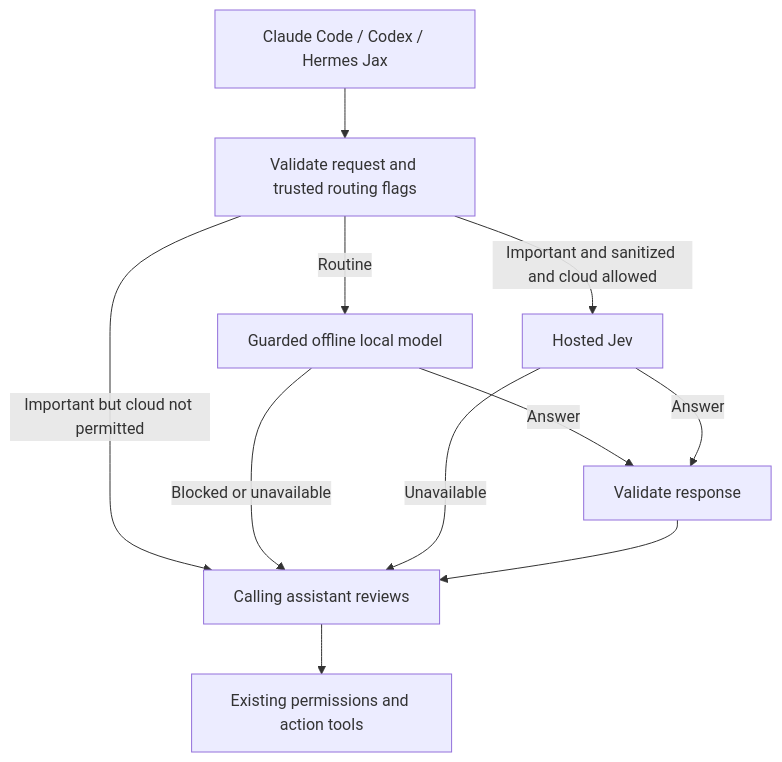
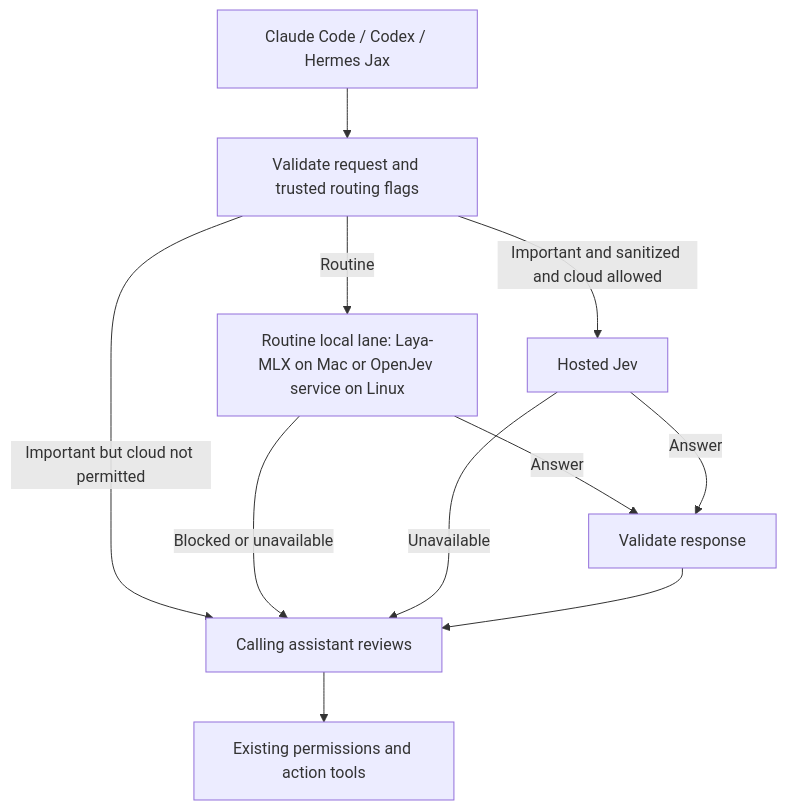
One commit to Dreydrey9000/jev-relay changed the diagram in docs/how-it-works.mmd. Above: the diagram before and after it, drawn with Mermaid. The commit also changed 6 other files, not shown here.

First line of the commit message:
Add OpenJev local backend for the routine lane

```diff
--- a/docs/how-it-works.mmd
+++ b/docs/how-it-works.mmd
@@ -1,11 +1,11 @@
 flowchart TD
   A[Claude Code / Codex / Hermes Jax] --> B[Validate request and trusted routing flags]
-  B -->|Routine| C[Guarded offline local model]
+  B -->|Routine| C[Routine local lane: Laya-MLX on Mac or OpenJev service on Linux]
   B -->|Important and sanitized and cloud allowed| D[Hosted Jev]
   B -->|Important but cloud not permitted| F[Calling assistant reviews]
   C -->|Answer| E[Validate response]
   D -->|Answer| E
   C -->|Blocked or unavailable| F
   D -->|Unavailable| F
   E --> F
   F --> G[Existing permissions and action tools]
```
